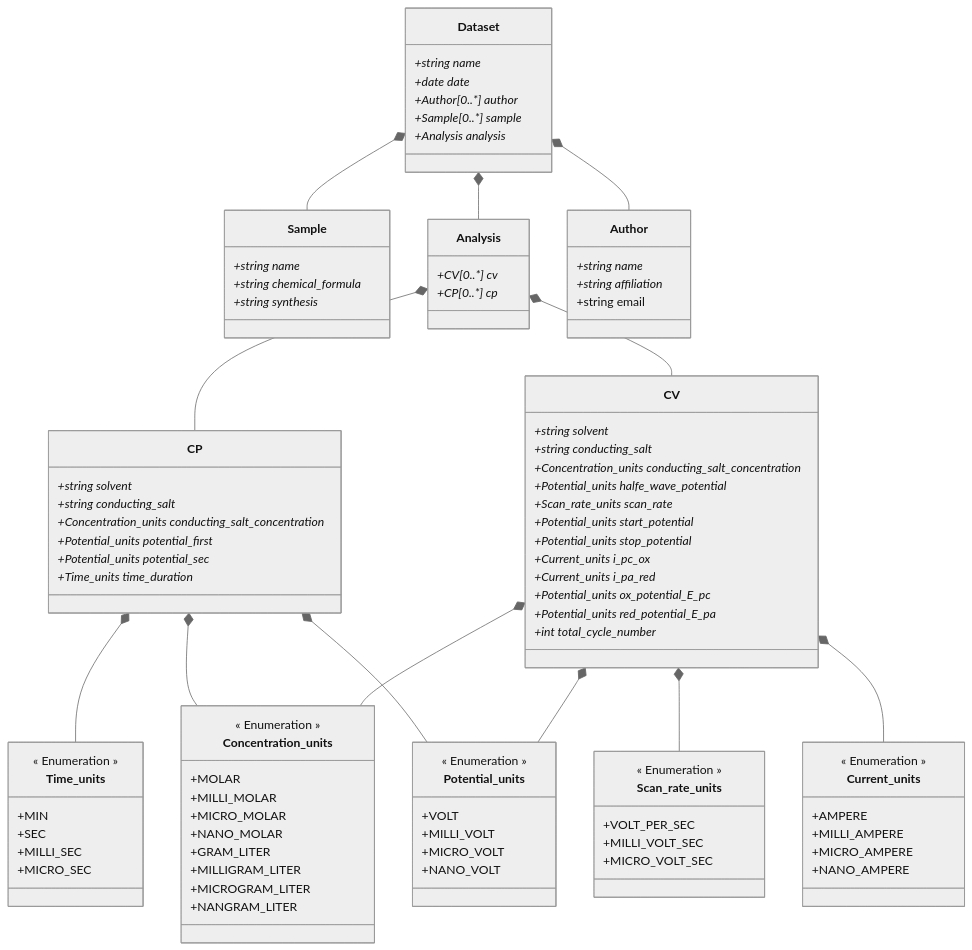
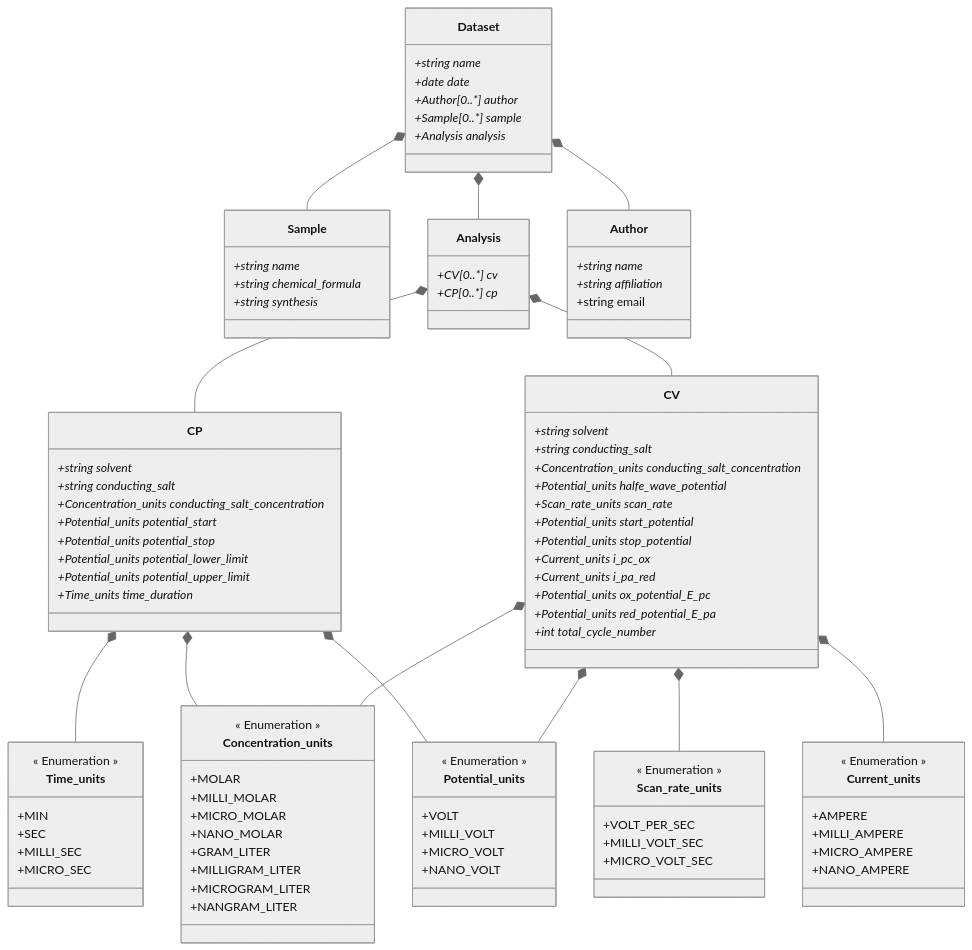
The diagram in ElectrochemistryDataModel/schemes/electrochemistrydatamodel_schema.md (FAIRChemistry/datamodel-electrochemistry), drawn with Mermaid (neutral theme) before and after one commit. The commit also changed 7 other files, not shown here.

```diff
--- a/ElectrochemistryDataModel/schemes/electrochemistrydatamodel_schema.md
+++ b/ElectrochemistryDataModel/schemes/electrochemistrydatamodel_schema.md
@@ -36,8 +36,10 @@
         +string solvent*
         +string conducting_salt*
         +Concentration_units conducting_salt_concentration*
-        +Potential_units potential_first*
-        +Potential_units potential_sec*
+        +Potential_units potential_start*
+        +Potential_units potential_stop*
+        +Potential_units potential_lower_limit*
+        +Potential_units potential_upper_limit*
         +Time_units time_duration*
     }
     
```
